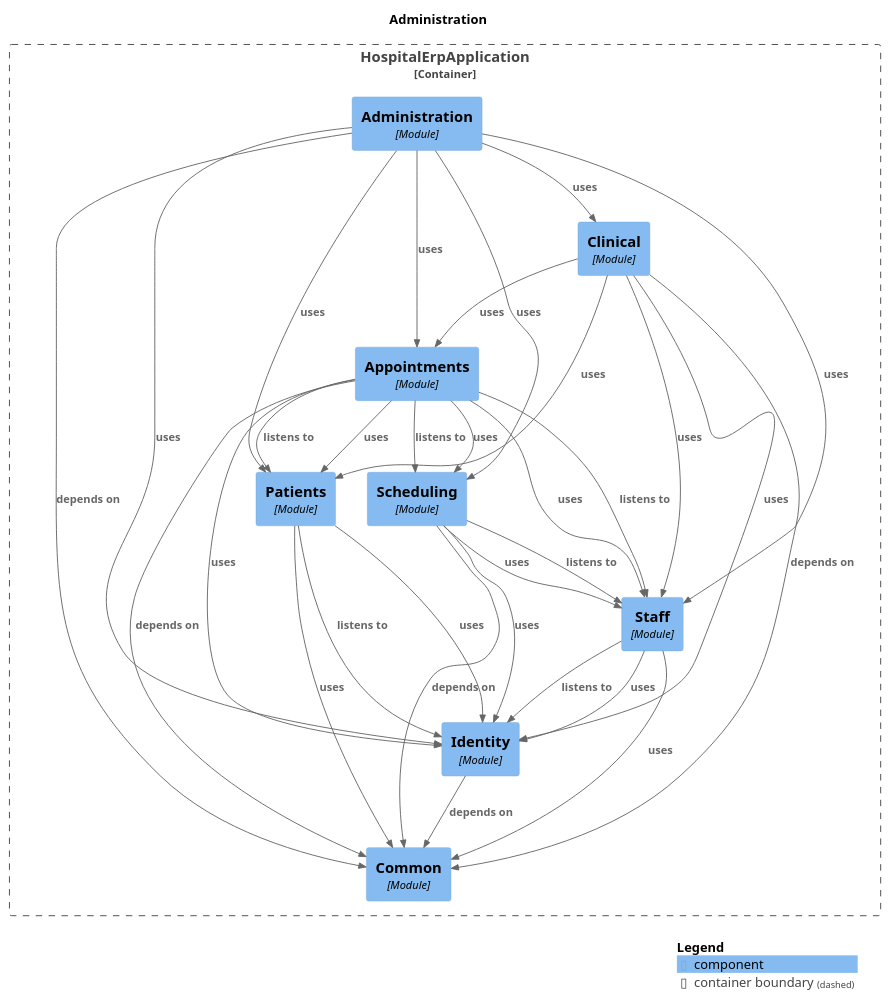
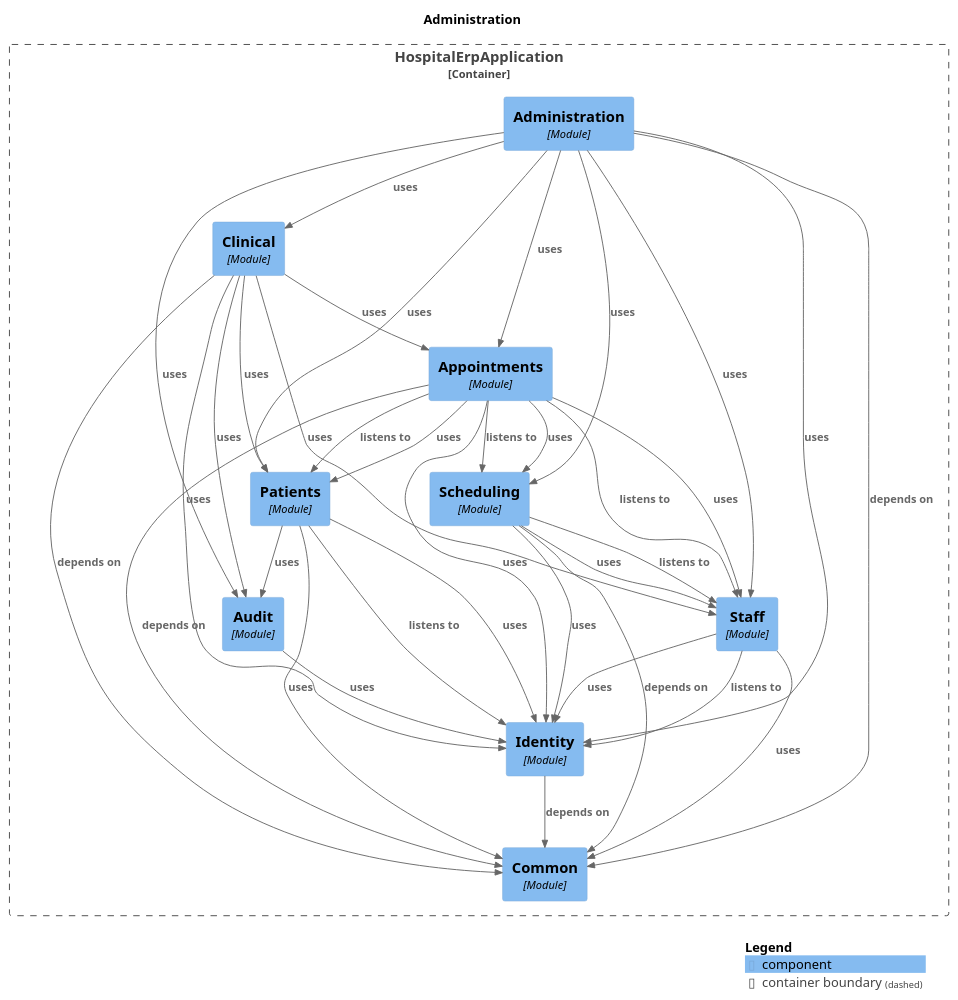
Before and after one commit to harshsharma5720/HospitalERP: the diagram in docs/modules/module-administration.puml, drawn with PlantUML. The commit also changed 16 other files, not shown here.

```diff
--- a/docs/modules/module-administration.puml
+++ b/docs/modules/module-administration.puml
@@ -1,55 +1,60 @@
 @startuml
 set separator none
 title Administration
 
 top to bottom direction
 
 !include <C4/C4>
 !include <C4/C4_Context>
 !include <C4/C4_Component>
 
 Container_Boundary("HospitalErpApplication.HospitalErpApplication_boundary", "HospitalErpApplication", $tags="") {
+  Component(HospitalErpApplication.HospitalErpApplication.Appointments, "Appointments", $techn="Module", $descr="", $tags="", $link="")
   Component(HospitalErpApplication.HospitalErpApplication.Clinical, "Clinical", $techn="Module", $descr="", $tags="", $link="")
   Component(HospitalErpApplication.HospitalErpApplication.Administration, "Administration", $techn="Module", $descr="", $tags="", $link="")
   Component(HospitalErpApplication.HospitalErpApplication.Common, "Common", $techn="Module", $descr="", $tags="", $link="")
   Component(HospitalErpApplication.HospitalErpApplication.Identity, "Identity", $techn="Module", $descr="", $tags="", $link="")
+  Component(HospitalErpApplication.HospitalErpApplication.Audit, "Audit", $techn="Module", $descr="", $tags="", $link="")
+  Component(HospitalErpApplication.HospitalErpApplication.Staff, "Staff", $techn="Module", $descr="", $tags="", $link="")
   Component(HospitalErpApplication.HospitalErpApplication.Patients, "Patients", $techn="Module", $descr="", $tags="", $link="")
-  Component(HospitalErpApplication.HospitalErpApplication.Staff, "Staff", $techn="Module", $descr="", $tags="", $link="")
   Component(HospitalErpApplication.HospitalErpApplication.Scheduling, "Scheduling", $techn="Module", $descr="", $tags="", $link="")
-  Component(HospitalErpApplication.HospitalErpApplication.Appointments, "Appointments", $techn="Module", $descr="", $tags="", $link="")
 }
 
-Rel(HospitalErpApplication.HospitalErpApplication.Identity, HospitalErpApplication.HospitalErpApplication.Common, "depends on", $techn="", $tags="", $link="")
+Rel(HospitalErpApplication.HospitalErpApplication.Administration, HospitalErpApplication.HospitalErpApplication.Common, "depends on", $techn="", $tags="", $link="")
+Rel(HospitalErpApplication.HospitalErpApplication.Administration, HospitalErpApplication.HospitalErpApplication.Identity, "uses", $techn="", $tags="", $link="")
+Rel(HospitalErpApplication.HospitalErpApplication.Administration, HospitalErpApplication.HospitalErpApplication.Patients, "uses", $techn="", $tags="", $link="")
+Rel(HospitalErpApplication.HospitalErpApplication.Administration, HospitalErpApplication.HospitalErpApplication.Staff, "uses", $techn="", $tags="", $link="")
+Rel(HospitalErpApplication.HospitalErpApplication.Administration, HospitalErpApplication.HospitalErpApplication.Audit, "uses", $techn="", $tags="", $link="")
+Rel(HospitalErpApplication.HospitalErpApplication.Administration, HospitalErpApplication.HospitalErpApplication.Appointments, "uses", $techn="", $tags="", $link="")
+Rel(HospitalErpApplication.HospitalErpApplication.Administration, HospitalErpApplication.HospitalErpApplication.Clinical, "uses", $techn="", $tags="", $link="")
+Rel(HospitalErpApplication.HospitalErpApplication.Administration, HospitalErpApplication.HospitalErpApplication.Scheduling, "uses", $techn="", $tags="", $link="")
+Rel(HospitalErpApplication.HospitalErpApplication.Staff, HospitalErpApplication.HospitalErpApplication.Identity, "listens to", $techn="", $tags="", $link="")
+Rel(HospitalErpApplication.HospitalErpApplication.Staff, HospitalErpApplication.HospitalErpApplication.Identity, "uses", $techn="", $tags="", $link="")
+Rel(HospitalErpApplication.HospitalErpApplication.Staff, HospitalErpApplication.HospitalErpApplication.Common, "uses", $techn="", $tags="", $link="")
 Rel(HospitalErpApplication.HospitalErpApplication.Scheduling, HospitalErpApplication.HospitalErpApplication.Staff, "listens to", $techn="", $tags="", $link="")
 Rel(HospitalErpApplication.HospitalErpApplication.Scheduling, HospitalErpApplication.HospitalErpApplication.Common, "depends on", $techn="", $tags="", $link="")
 Rel(HospitalErpApplication.HospitalErpApplication.Scheduling, HospitalErpApplication.HospitalErpApplication.Staff, "uses", $techn="", $tags="", $link="")
 Rel(HospitalErpApplication.HospitalErpApplication.Scheduling, HospitalErpApplication.HospitalErpApplication.Identity, "uses", $techn="", $tags="", $link="")
+Rel(HospitalErpApplication.HospitalErpApplication.Identity, HospitalErpApplication.HospitalErpApplication.Common, "depends on", $techn="", $tags="", $link="")
+Rel(HospitalErpApplication.HospitalErpApplication.Audit, HospitalErpApplication.HospitalErpApplication.Identity, "uses", $techn="", $tags="", $link="")
 Rel(HospitalErpApplication.HospitalErpApplication.Appointments, HospitalErpApplication.HospitalErpApplication.Staff, "listens to", $techn="", $tags="", $link="")
 Rel(HospitalErpApplication.HospitalErpApplication.Appointments, HospitalErpApplication.HospitalErpApplication.Patients, "listens to", $techn="", $tags="", $link="")
 Rel(HospitalErpApplication.HospitalErpApplication.Appointments, HospitalErpApplication.HospitalErpApplication.Scheduling, "listens to", $techn="", $tags="", $link="")
 Rel(HospitalErpApplication.HospitalErpApplication.Appointments, HospitalErpApplication.HospitalErpApplication.Common, "depends on", $techn="", $tags="", $link="")
 Rel(HospitalErpApplication.HospitalErpApplication.Appointments, HospitalErpApplication.HospitalErpApplication.Patients, "uses", $techn="", $tags="", $link="")
 Rel(HospitalErpApplication.HospitalErpApplication.Appointments, HospitalErpApplication.HospitalErpApplication.Staff, "uses", $techn="", $tags="", $link="")
 Rel(HospitalErpApplication.HospitalErpApplication.Appointments, HospitalErpApplication.HospitalErpApplication.Scheduling, "uses", $techn="", $tags="", $link="")
 Rel(HospitalErpApplication.HospitalErpApplication.Appointments, HospitalErpApplication.HospitalErpApplication.Identity, "uses", $techn="", $tags="", $link="")
-Rel(HospitalErpApplication.HospitalErpApplication.Administration, HospitalErpApplication.HospitalErpApplication.Common, "depends on", $techn="", $tags="", $link="")
-Rel(HospitalErpApplication.HospitalErpApplication.Administration, HospitalErpApplication.HospitalErpApplication.Identity, "uses", $techn="", $tags="", $link="")
-Rel(HospitalErpApplication.HospitalErpApplication.Administration, HospitalErpApplication.HospitalErpApplication.Patients, "uses", $techn="", $tags="", $link="")
-Rel(HospitalErpApplication.HospitalErpApplication.Administration, HospitalErpApplication.HospitalErpApplication.Staff, "uses", $techn="", $tags="", $link="")
-Rel(HospitalErpApplication.HospitalErpApplication.Administration, HospitalErpApplication.HospitalErpApplication.Appointments, "uses", $techn="", $tags="", $link="")
-Rel(HospitalErpApplication.HospitalErpApplication.Administration, HospitalErpApplication.HospitalErpApplication.Clinical, "uses", $techn="", $tags="", $link="")
-Rel(HospitalErpApplication.HospitalErpApplication.Administration, HospitalErpApplication.HospitalErpApplication.Scheduling, "uses", $techn="", $tags="", $link="")
-Rel(HospitalErpApplication.HospitalErpApplication.Patients, HospitalErpApplication.HospitalErpApplication.Identity, "listens to", $techn="", $tags="", $link="")
-Rel(HospitalErpApplication.HospitalErpApplication.Patients, HospitalErpApplication.HospitalErpApplication.Identity, "uses", $techn="", $tags="", $link="")
-Rel(HospitalErpApplication.HospitalErpApplication.Patients, HospitalErpApplication.HospitalErpApplication.Common, "uses", $techn="", $tags="", $link="")
-Rel(HospitalErpApplication.HospitalErpApplication.Staff, HospitalErpApplication.HospitalErpApplication.Identity, "listens to", $techn="", $tags="", $link="")
-Rel(HospitalErpApplication.HospitalErpApplication.Staff, HospitalErpApplication.HospitalErpApplication.Identity, "uses", $techn="", $tags="", $link="")
-Rel(HospitalErpApplication.HospitalErpApplication.Staff, HospitalErpApplication.HospitalErpApplication.Common, "uses", $techn="", $tags="", $link="")
 Rel(HospitalErpApplication.HospitalErpApplication.Clinical, HospitalErpApplication.HospitalErpApplication.Common, "depends on", $techn="", $tags="", $link="")
 Rel(HospitalErpApplication.HospitalErpApplication.Clinical, HospitalErpApplication.HospitalErpApplication.Appointments, "uses", $techn="", $tags="", $link="")
 Rel(HospitalErpApplication.HospitalErpApplication.Clinical, HospitalErpApplication.HospitalErpApplication.Staff, "uses", $techn="", $tags="", $link="")
 Rel(HospitalErpApplication.HospitalErpApplication.Clinical, HospitalErpApplication.HospitalErpApplication.Patients, "uses", $techn="", $tags="", $link="")
 Rel(HospitalErpApplication.HospitalErpApplication.Clinical, HospitalErpApplication.HospitalErpApplication.Identity, "uses", $techn="", $tags="", $link="")
+Rel(HospitalErpApplication.HospitalErpApplication.Clinical, HospitalErpApplication.HospitalErpApplication.Audit, "uses", $techn="", $tags="", $link="")
+Rel(HospitalErpApplication.HospitalErpApplication.Patients, HospitalErpApplication.HospitalErpApplication.Identity, "listens to", $techn="", $tags="", $link="")
+Rel(HospitalErpApplication.HospitalErpApplication.Patients, HospitalErpApplication.HospitalErpApplication.Identity, "uses", $techn="", $tags="", $link="")
+Rel(HospitalErpApplication.HospitalErpApplication.Patients, HospitalErpApplication.HospitalErpApplication.Common, "uses", $techn="", $tags="", $link="")
+Rel(HospitalErpApplication.HospitalErpApplication.Patients, HospitalErpApplication.HospitalErpApplication.Audit, "uses", $techn="", $tags="", $link="")
 
 SHOW_LEGEND(true)
 @enduml
```
